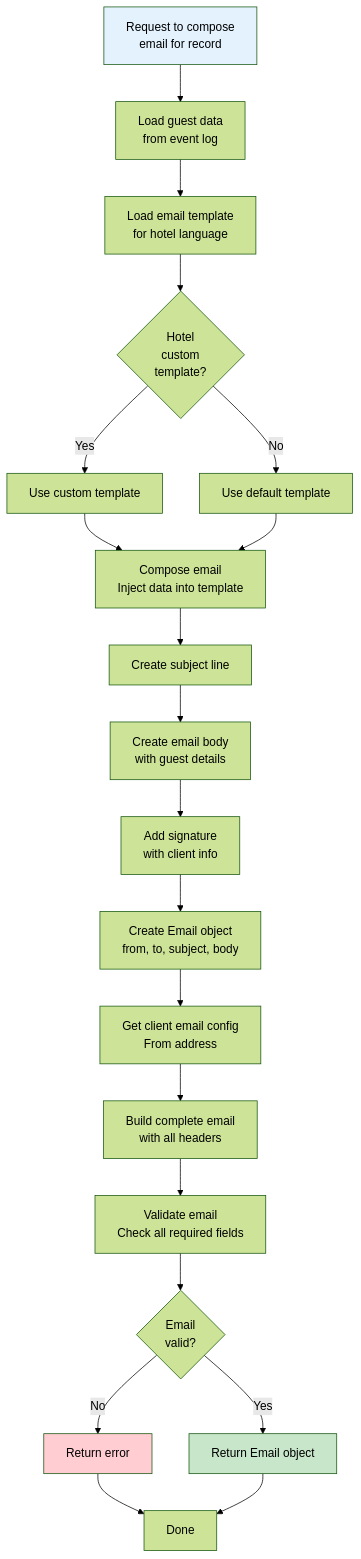
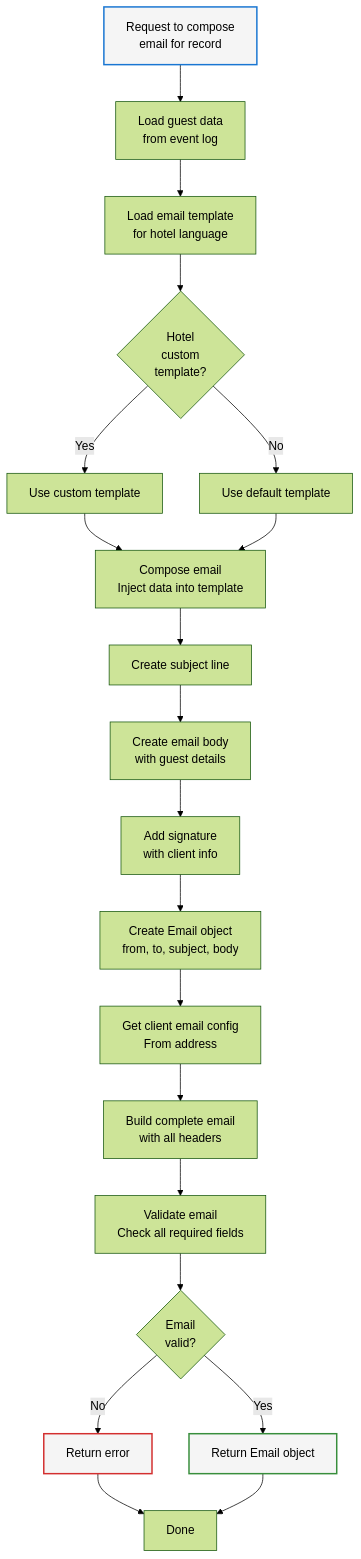
Before and after one commit to Org-for-Folio-AI/FolioAISpecs: the first of 2 diagrams in design/components/06-Email-Composer.md, drawn with Mermaid (forest theme). The commit also changed other lines of this file and 11 other files, not shown here.

First line of the commit message:
Update mermaid diagram colors for dark and light mode compatibility

````diff
--- a/design/components/06-Email-Composer.md
+++ b/design/components/06-Email-Composer.md
@@ -55,35 +55,35 @@
 ```mermaid
 flowchart TD
     Start["Request to compose<br/>email for record"] --> Load["Load guest data<br/>from event log"]
 
     Load --> LoadTemplate["Load email template<br/>for hotel language"]
     LoadTemplate --> CheckCustom{Hotel<br/>custom<br/>template?}
 
     CheckCustom -->|Yes| UseCustom["Use custom template"]
     CheckCustom -->|No| UseDefault["Use default template"]
 
     UseCustom --> Compose
     UseDefault --> Compose
 
     Compose["Compose email<br/>Inject data into template"]
     Compose --> Subject["Create subject line"]
     Subject --> Body["Create email body<br/>with guest details"]
     Body --> Signature["Add signature<br/>with client info"]
 
     Signature --> Email["Create Email object<br/>from, to, subject, body"]
     Email --> GetConfig["Get client email config<br/>From address"]
     GetConfig --> Build["Build complete email<br/>with all headers"]
 
     Build --> Validate["Validate email<br/>Check all required fields"]
     Validate --> Valid{Email<br/>valid?}
 
     Valid -->|No| Error["Return error"]
     Valid -->|Yes| Return["Return Email object"]
 
     Error --> Done["Done"]
     Return --> Done
 
-    style Start fill:#e3f2fd
-    style Return fill:#c8e6c9
-    style Error fill:#ffcdd2
+    style Start stroke:#1976d2,fill:#f5f5f5,stroke-width:2px
+    style Return stroke:#388e3c,fill:#f5f5f5,stroke-width:2px
+    style Error stroke:#d32f2f,fill:#f5f5f5,stroke-width:2px
 ```
````
